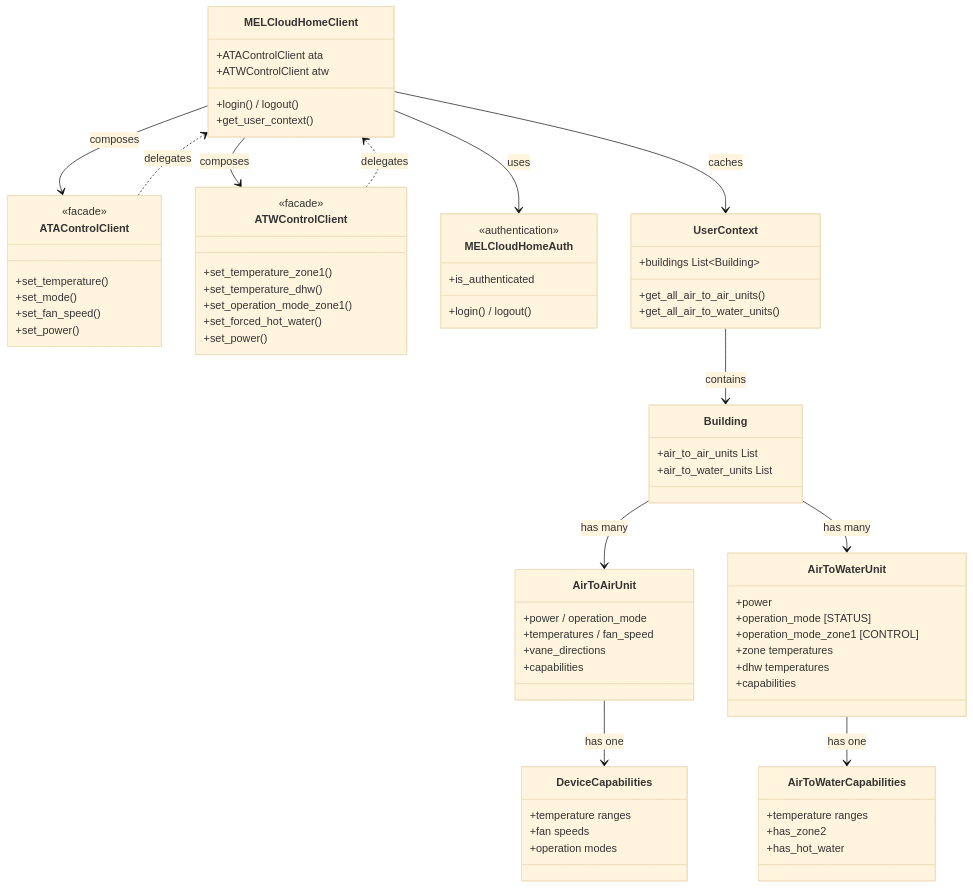
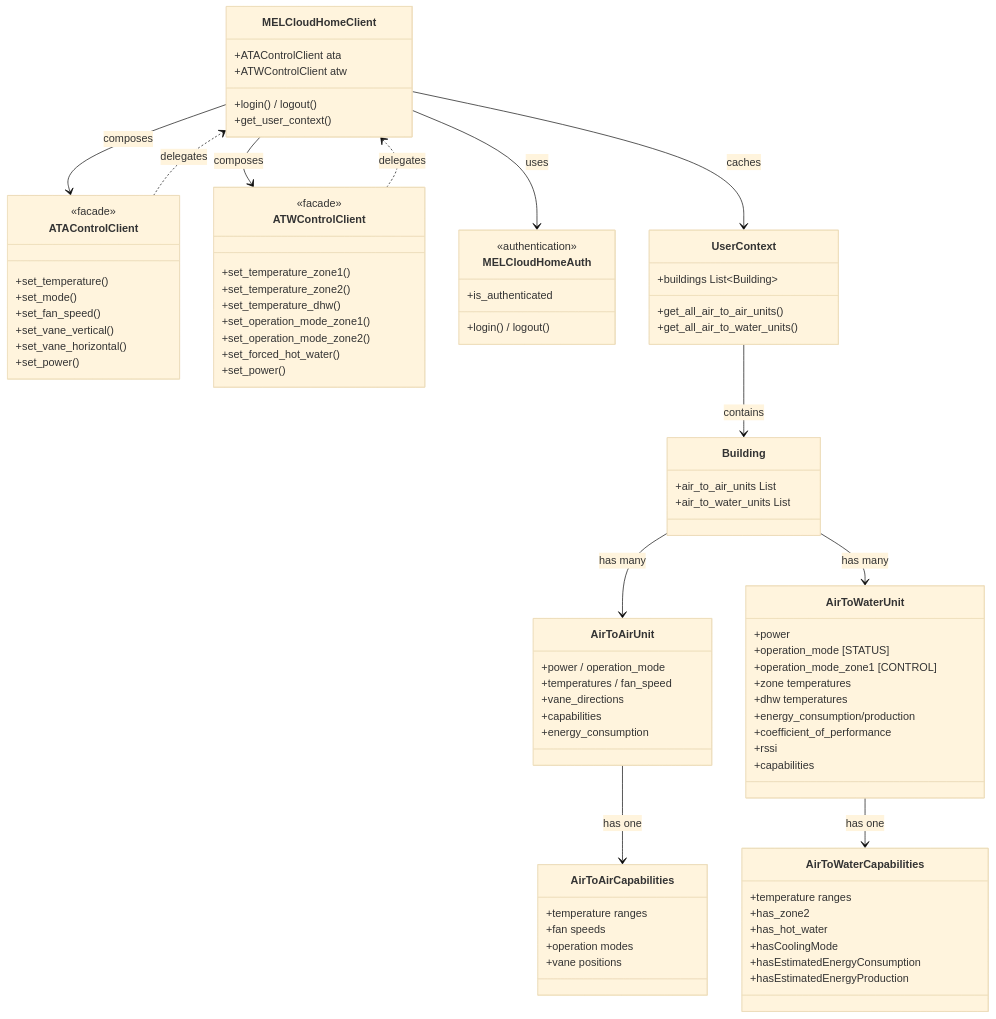
One commit to andrew-blake/melcloudhome changed the fourth of 5 diagrams in docs/architecture.md. Above: the diagram before and after it, drawn with Mermaid (base theme). The commit also changed other lines of this file and 84 other files, not shown here.

First line of the commit message:
Release v2.0.0-RC.1: ATW energy monitoring, cooling support, and entity ID consistency (#38)

````diff
--- a/docs/architecture.md
+++ b/docs/architecture.md
@@ -244,14 +341,18 @@
         +set_temperature()
         +set_mode()
         +set_fan_speed()
+        +set_vane_vertical()
+        +set_vane_horizontal()
         +set_power()
     }
 
     class ATWControlClient {
         <<facade>>
         +set_temperature_zone1()
+        +set_temperature_zone2()
         +set_temperature_dhw()
         +set_operation_mode_zone1()
+        +set_operation_mode_zone2()
         +set_forced_hot_water()
         +set_power()
     }
@@ -278,6 +379,7 @@
         +temperatures / fan_speed
         +vane_directions
         +capabilities
+        +energy_consumption
     }
 
     class AirToWaterUnit {
@@ -286,19 +388,26 @@
         +operation_mode_zone1 [CONTROL]
         +zone temperatures
         +dhw temperatures
+        +energy_consumption/production
+        +coefficient_of_performance
+        +rssi
         +capabilities
     }
 
-    class DeviceCapabilities {
+    class AirToAirCapabilities {
         +temperature ranges
         +fan speeds
         +operation modes
+        +vane positions
     }
 
     class AirToWaterCapabilities {
         +temperature ranges
         +has_zone2
         +has_hot_water
+        +hasCoolingMode
+        +hasEstimatedEnergyConsumption
+        +hasEstimatedEnergyProduction
     }
 
     MELCloudHomeClient --> MELCloudHomeAuth : uses
@@ -310,6 +419,6 @@
     UserContext --> Building : contains
     Building --> AirToAirUnit : has many
     Building --> AirToWaterUnit : has many
-    AirToAirUnit --> DeviceCapabilities : has one
+    AirToAirUnit --> AirToAirCapabilities : has one
     AirToWaterUnit --> AirToWaterCapabilities : has one
 ```
````
